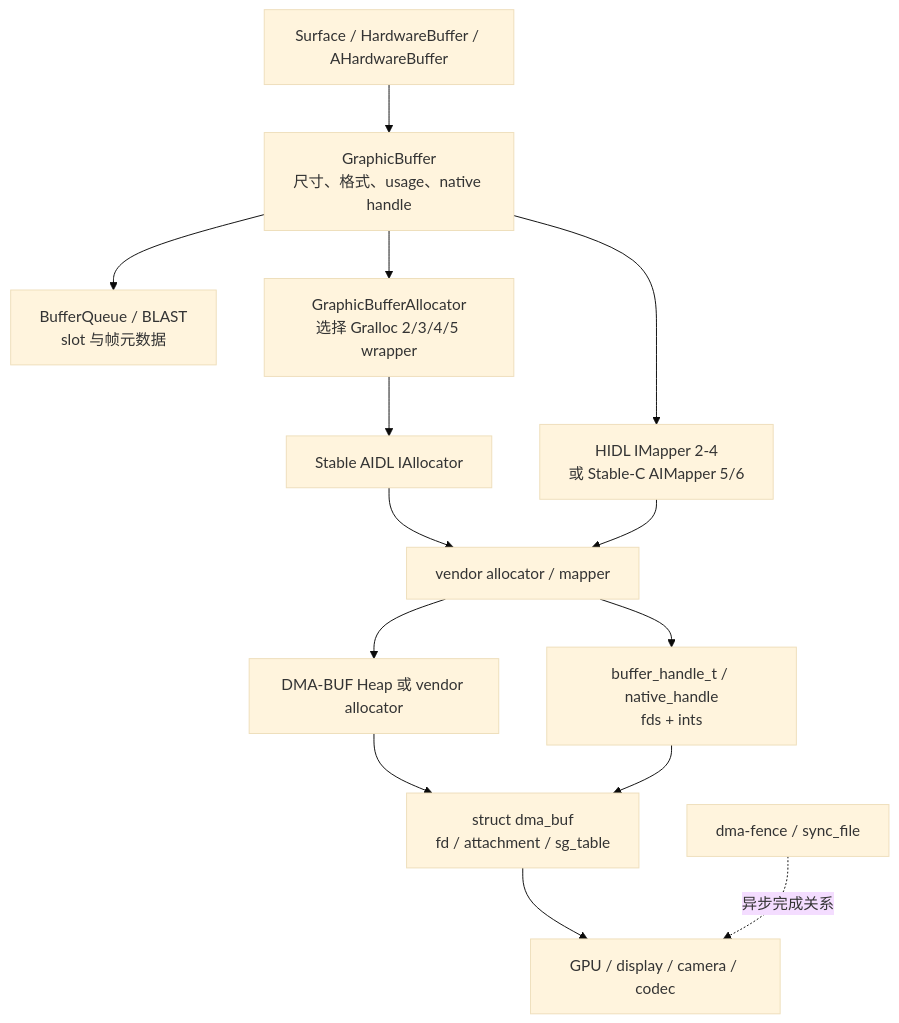
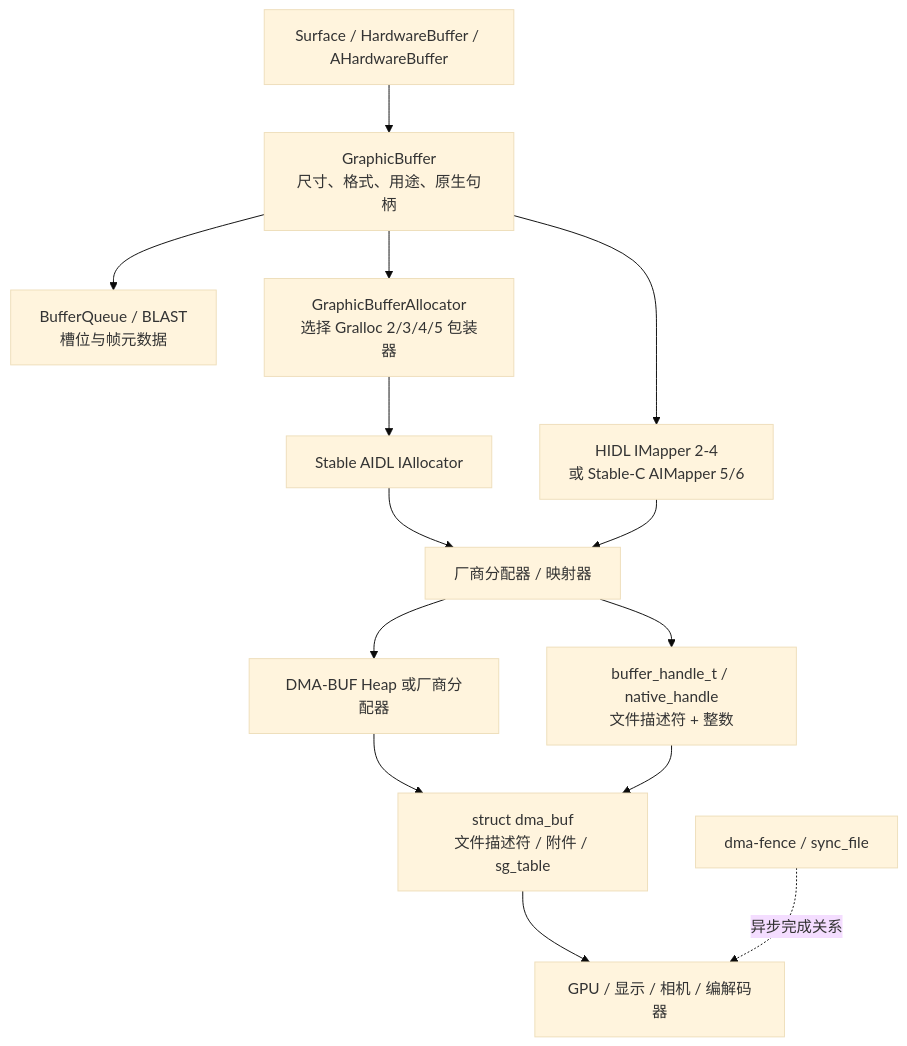
The first of 2 diagrams in src/part1-fundamentals/ch02-rendering/15-dmabuf-gralloc.md (Gracker/android-internals-wiki), drawn with Mermaid (base theme) before and after one commit. The commit also changed other lines of this file and 4 other files, not shown here.

````diff
--- a/src/part1-fundamentals/ch02-rendering/15-dmabuf-gralloc.md
+++ b/src/part1-fundamentals/ch02-rendering/15-dmabuf-gralloc.md
@@ -149,25 +149,25 @@
 ```mermaid
 flowchart TD
     API["Surface / HardwareBuffer / AHardwareBuffer"]
-    GB["GraphicBuffer<br/>尺寸、格式、usage、native handle"]
-    BQ["BufferQueue / BLAST<br/>slot 与帧元数据"]
-    Alloc["GraphicBufferAllocator<br/>选择 Gralloc 2/3/4/5 wrapper"]
+    GB["GraphicBuffer<br/>尺寸、格式、用途、原生句柄"]
+    BQ["BufferQueue / BLAST<br/>槽位与帧元数据"]
+    Alloc["GraphicBufferAllocator<br/>选择 Gralloc 2/3/4/5 包装器"]
     AIDL["Stable AIDL IAllocator"]
     Mapper["HIDL IMapper 2-4<br/>或 Stable-C AIMapper 5/6"]
-    Vendor["vendor allocator / mapper"]
-    Handle["buffer_handle_t / native_handle<br/>fds + ints"]
-    DmaHeap["DMA-BUF Heap 或 vendor allocator"]
-    DmaBuf["struct dma_buf<br/>fd / attachment / sg_table"]
-    Devices["GPU / display / camera / codec"]
+    Vendor["厂商分配器 / 映射器"]
+    Handle["buffer_handle_t / native_handle<br/>文件描述符 + 整数"]
+    DmaHeap["DMA-BUF Heap 或厂商分配器"]
+    DmaBuf["struct dma_buf<br/>文件描述符 / 附件 / sg_table"]
+    Devices["GPU / 显示 / 相机 / 编解码器"]
     Fence["dma-fence / sync_file"]
 
     API --> GB
     GB --> BQ
     GB --> Alloc --> AIDL --> Vendor
     GB --> Mapper --> Vendor
     Vendor --> Handle
     Vendor --> DmaHeap --> DmaBuf
     Handle --> DmaBuf
     DmaBuf --> Devices
     Fence -. 异步完成关系 .-> Devices
 ```
````
